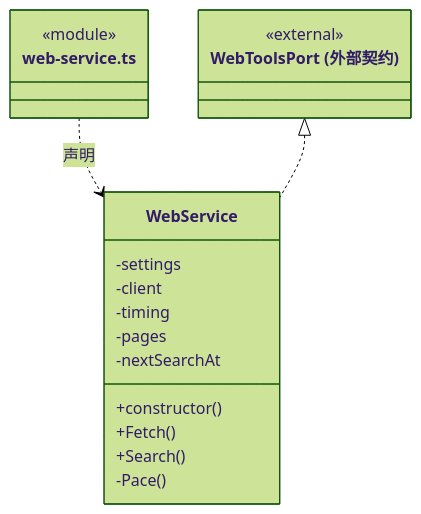
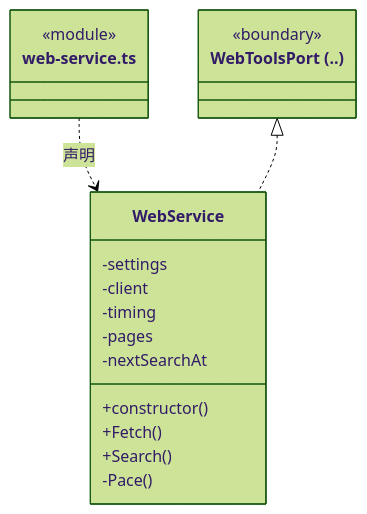
The second of 4 diagrams in src/logic/web/service/ARCHITECTURE.md (nan023062/cbim), drawn with Mermaid (forest theme) before and after one commit. The commit also changed other lines of this file and 112 other files, not shown here.

Commit message:
docs: align source architecture with current declarations and contracts

````diff
--- a/src/logic/web/service/ARCHITECTURE.md
+++ b/src/logic/web/service/ARCHITECTURE.md
@@ -74,22 +74,22 @@
 ```mermaid
 classDiagram
 class N_src_logic_web_service_web_service_ts["web-service.ts"] {
   <<module>>
 }
 class N_src_logic_web_service_web_service_ts_WebService["WebService"] {
   +constructor()
   +Fetch()
   +Search()
   -settings
   -client
   -timing
   -pages
   -nextSearchAt
   -Pace()
 }
 N_src_logic_web_service_web_service_ts ..> N_src_logic_web_service_web_service_ts_WebService : 声明
-class N_src_logic_web_service_web_service_ts_external_WebToolsPort["WebToolsPort (外部契约)"] {
-  <<external>>
+class N_src_logic_web_service_web_service_ts_external_WebToolsPort["WebToolsPort (..)"] {
+  <<boundary>>
 }
 N_src_logic_web_service_web_service_ts_external_WebToolsPort <|.. N_src_logic_web_service_web_service_ts_WebService
 ```
````
